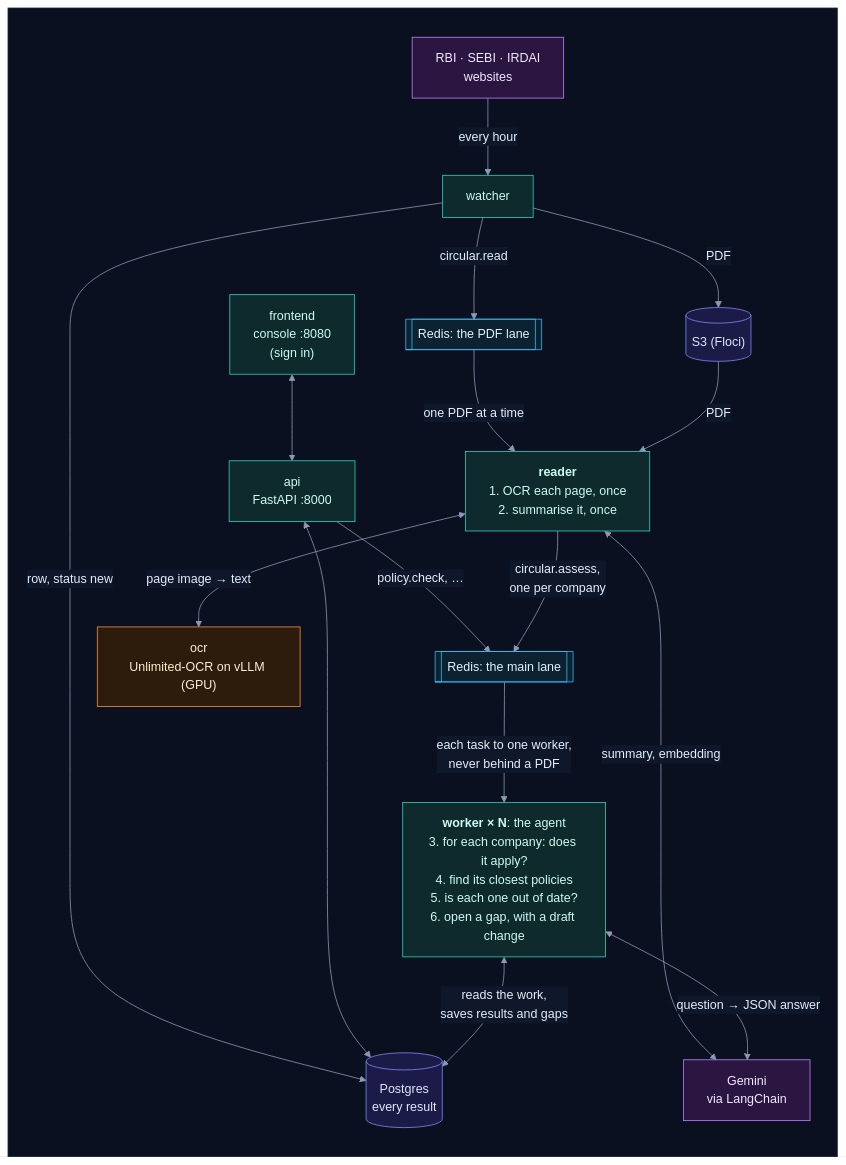
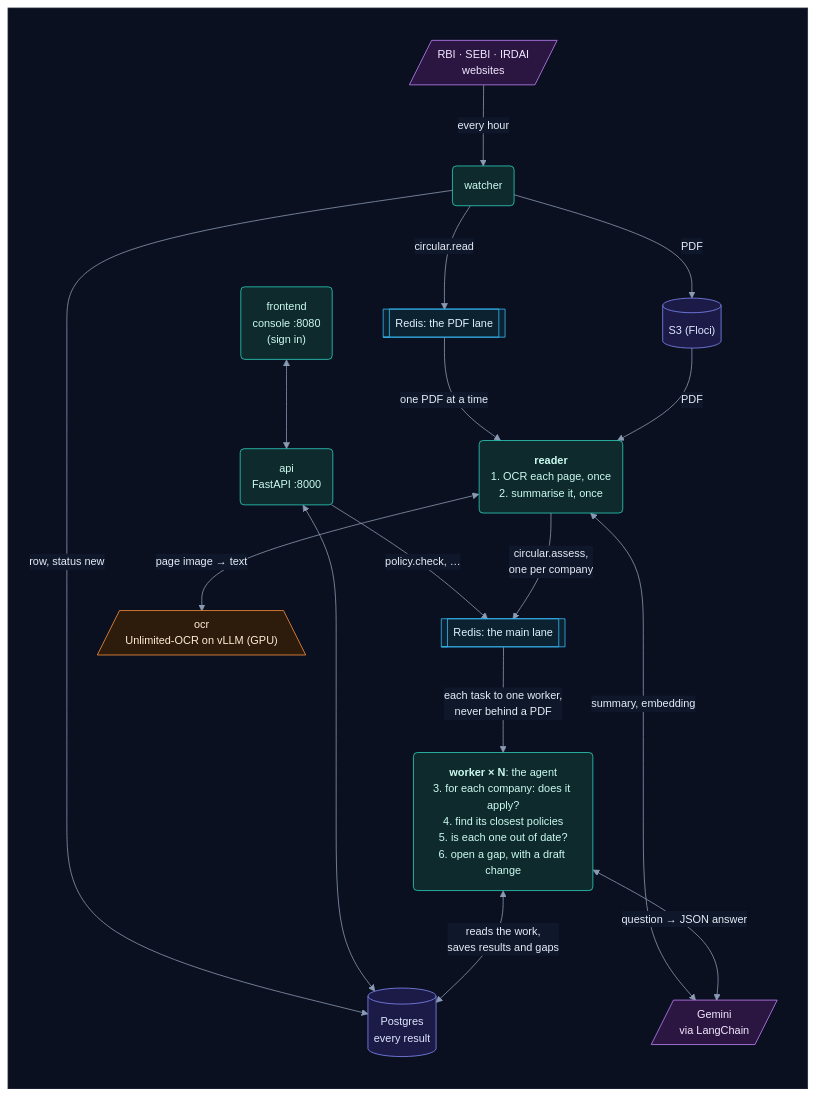
One commit to selvakumarperumal/Regulatory_Circular_Impact_Agent changed the diagram in README.md. Above: the diagram before and after it, drawn with Mermaid. The commit also changed 5 other files, not shown here.

Commit message:
Give the docs' flowcharts a shape per kind of part, more room and slightly smaller text

````diff
--- a/README.md
+++ b/README.md
@@ -13,38 +13,38 @@
 ```mermaid
-%%{init: {"theme": "base", "flowchart": {"diagramPadding": 0}, "themeVariables": {"darkMode": true, "primaryColor": "#16213a", "primaryTextColor": "#e6edf7", "primaryBorderColor": "#475a7a", "lineColor": "#8b9bb4", "secondaryColor": "#1b2436", "tertiaryColor": "#101a2e", "edgeLabelBackground": "#0f172a", "textColor": "#e2e8f0", "clusterBkg": "#0f1728", "clusterBorder": "#2b3a55", "titleColor": "#c4b5fd", "nodeTextColor": "#e6edf7"}}}%%
+%%{init: {"theme": "base", "flowchart": {"diagramPadding": 0, "nodeSpacing": 58, "rankSpacing": 58, "curve": "basis"}, "themeVariables": {"fontSize": "14px", "darkMode": true, "primaryColor": "#16213a", "primaryTextColor": "#e6edf7", "primaryBorderColor": "#475a7a", "lineColor": "#8b9bb4", "secondaryColor": "#1b2436", "tertiaryColor": "#101a2e", "edgeLabelBackground": "#0f172a", "textColor": "#e2e8f0", "clusterBkg": "#0f1728", "clusterBorder": "#2b3a55", "titleColor": "#c4b5fd", "nodeTextColor": "#e6edf7"}}}%%
 flowchart TD
     subgraph canvas[" "]
         direction TB
-        sites["RBI · SEBI · IRDAI<br/>websites"] -->|"every hour"| W["watcher"]
+        sites[/"RBI · SEBI · IRDAI<br/>websites"/] -->|"every hour"| W("watcher")
         W -->|PDF| S3[("S3 (Floci)")]
         W -->|"row, status new"| DB[("Postgres<br/>every result")]
         W -->|"circular.read"| QP[["Redis: the PDF lane"]]
-        F["frontend<br/>console :8080<br/>(sign in)"] <--> A["api<br/>FastAPI :8000"]
+        F("frontend<br/>console :8080<br/>(sign in)") <--> A("api<br/>FastAPI :8000")
         A <--> DB
         A -->|"policy.check, …"| QM[["Redis: the main lane"]]
-        QP -->|"one PDF at a time"| R["<b>reader</b><br/>1. OCR each page, once<br/>2. summarise it, once"]
+        QP -->|"one PDF at a time"| R("<b>reader</b><br/>1. OCR each page, once<br/>2. summarise it, once")
         S3 -->|PDF| R
-        R <-->|"page image → text"| O["ocr<br/>Unlimited-OCR on vLLM (GPU)"]
+        R <-->|"page image → text"| O[/"ocr<br/>Unlimited-OCR on vLLM (GPU)"\]
         R -->|"circular.assess,<br/>one per company"| QM
-        QM -->|"each task to one worker,<br/>never behind a PDF"| K["<b>worker × N</b>: the agent<br/>3. for each company: does it apply?<br/>4. find its closest policies<br/>5. is each one out of date?<br/>6. open a gap, with a draft change"]
-        R <-->|"summary, embedding"| G["Gemini<br/>via LangChain"]
+        QM -->|"each task to one worker,<br/>never behind a PDF"| K("<b>worker × N</b>: the agent<br/>3. for each company: does it apply?<br/>4. find its closest policies<br/>5. is each one out of date?<br/>6. open a gap, with a draft change")
+        R <-->|"summary, embedding"| G[/"Gemini<br/>via LangChain"/]
         K <-->|"question → JSON answer"| G
         K <-->|"reads the work,<br/>saves results and gaps"| DB
     end
     classDef svc fill:#0e2a2c,stroke:#2dd4bf,color:#ccfbf1
     classDef data fill:#1c1a47,stroke:#818cf8,color:#e0e7ff
     classDef ext fill:#2a1640,stroke:#c084fc,color:#f3e8ff
     classDef gpu fill:#2d1b0c,stroke:#fb923c,color:#ffedd5
     classDef ask fill:#2a2410,stroke:#fbbf24,color:#fef3c7
     classDef ok fill:#0b2a1c,stroke:#34d399,color:#d1fae5
     classDef bad fill:#2e0f17,stroke:#fb7185,color:#ffe4e6
     classDef start fill:#1c2a0e,stroke:#a7ef6f,color:#ecfccb
     classDef muted fill:#1a2130,stroke:#64748b,color:#cbd5e1
     classDef queue fill:#0c2231,stroke:#38bdf8,color:#e0f2fe
     class W,A,F,R,K svc
     class S3,DB data
     class QP,QM queue
     class sites,G ext
     class O gpu
     style canvas fill:#0b1020,stroke:#1e293b,color:#0b1020
 ```
````
